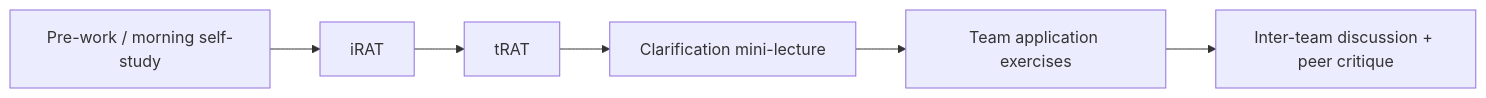
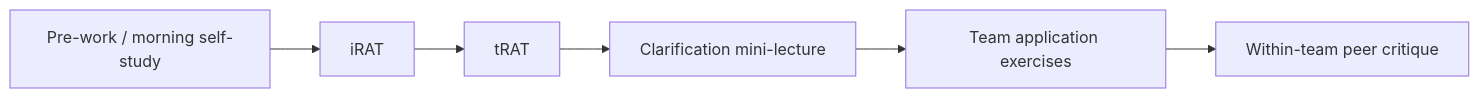
Before and after one commit to noacs-io/principles-and-workflows-for-reproducible-science: the diagram in plan/session-plan.qmd, drawn with Mermaid. The commit also changed other lines of this file and 14 other files, not shown here.

````diff
--- a/plan/session-plan.qmd
+++ b/plan/session-plan.qmd
@@ -149,8 +149,8 @@
 ```mermaid
 flowchart LR
   A[Pre-work / morning self-study] --> B[iRAT]
   B --> C[tRAT]
   C --> D[Clarification mini-lecture]
   D --> E[Team application exercises]
-  E --> F[Inter-team discussion + peer critique]
+  E --> F[Within-team peer critique]
 ```
````
